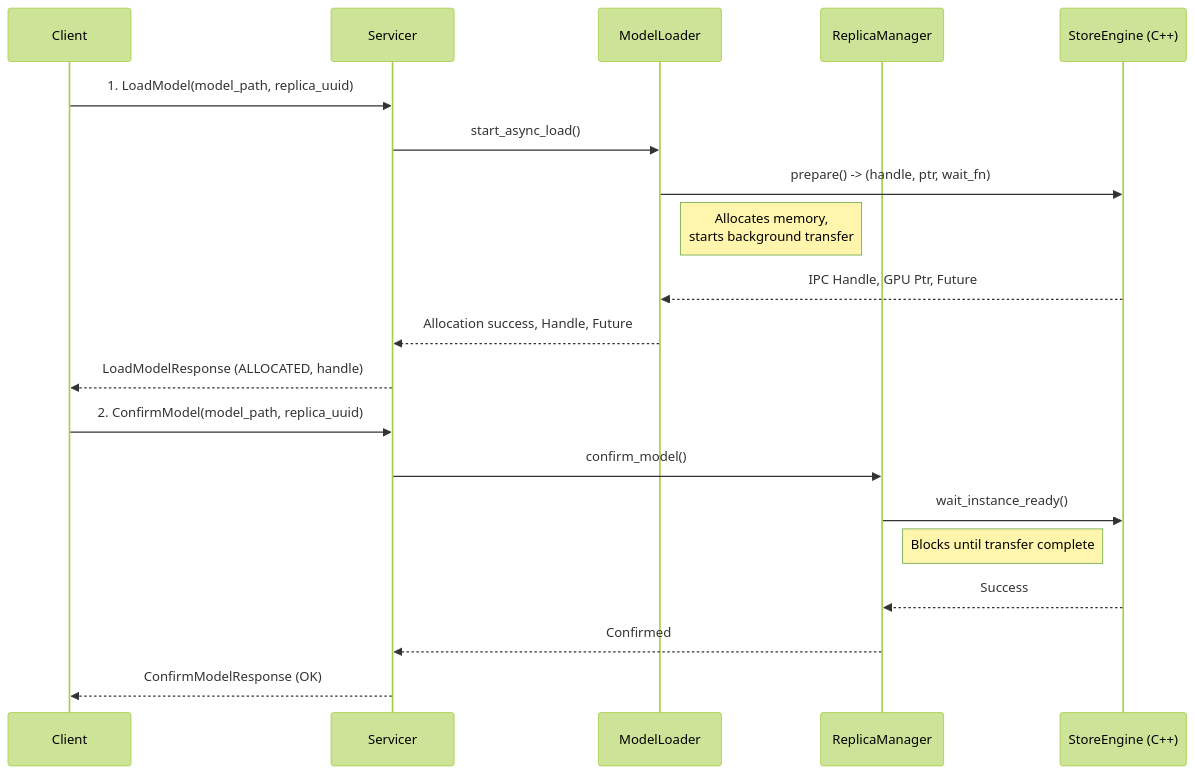
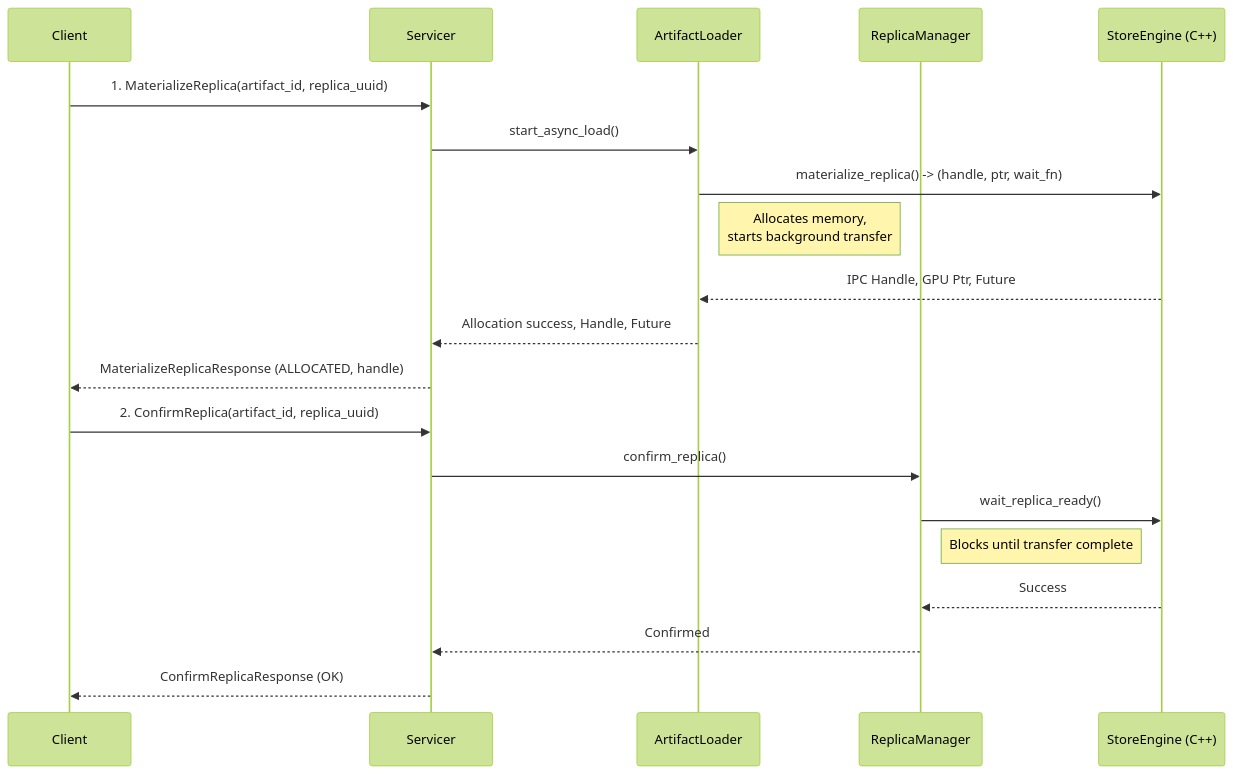
One commit to tensorcast-ai/tensorcast changed the second of 4 diagrams in web-docs/docs/developer-guides/architecture/store-daemon.md. Above: the diagram before and after it, drawn with Mermaid (forest theme). The commit also changed other lines of this file and 331 other files, not shown here.

Commit message:
refactor: refactor model to artifact & replica

````diff
--- a/web-docs/docs/developer-guides/architecture/store-daemon.md
+++ b/web-docs/docs/developer-guides/architecture/store-daemon.md
@@ -56,24 +56,24 @@
 ```mermaid
 sequenceDiagram
     participant Client
     participant Servicer
-    participant ModelLoader
+    participant ArtifactLoader
     participant ReplicaManager
     participant CppCore as StoreEngine (C++)
 
-    Client->>Servicer: 1. LoadModel(model_path, replica_uuid)
-    Servicer->>ModelLoader: start_async_load()
-    ModelLoader->>CppCore: prepare() -> (handle, ptr, wait_fn)
-    note right of ModelLoader: Allocates memory,<br/>starts background transfer
-    CppCore-->>ModelLoader: IPC Handle, GPU Ptr, Future
-    ModelLoader-->>Servicer: Allocation success, Handle, Future
-    Servicer-->>Client: LoadModelResponse (ALLOCATED, handle)
+    Client->>Servicer: 1. MaterializeReplica(artifact_id, replica_uuid)
+    Servicer->>ArtifactLoader: start_async_load()
+    ArtifactLoader->>CppCore: materialize_replica() -> (handle, ptr, wait_fn)
+    note right of ArtifactLoader: Allocates memory,<br/>starts background transfer
+    CppCore-->>ArtifactLoader: IPC Handle, GPU Ptr, Future
+    ArtifactLoader-->>Servicer: Allocation success, Handle, Future
+    Servicer-->>Client: MaterializeReplicaResponse (ALLOCATED, handle)
 
-    Client->>Servicer: 2. ConfirmModel(model_path, replica_uuid)
-    Servicer->>ReplicaManager: confirm_model()
-    ReplicaManager->>CppCore: wait_instance_ready()
+    Client->>Servicer: 2. ConfirmReplica(artifact_id, replica_uuid)
+    Servicer->>ReplicaManager: confirm_replica()
+    ReplicaManager->>CppCore: wait_replica_ready()
     note right of ReplicaManager: Blocks until transfer complete
     CppCore-->>ReplicaManager: Success
     ReplicaManager-->>Servicer: Confirmed
-    Servicer-->>Client: ConfirmModelResponse (OK)
+    Servicer-->>Client: ConfirmReplicaResponse (OK)
 ```
````
